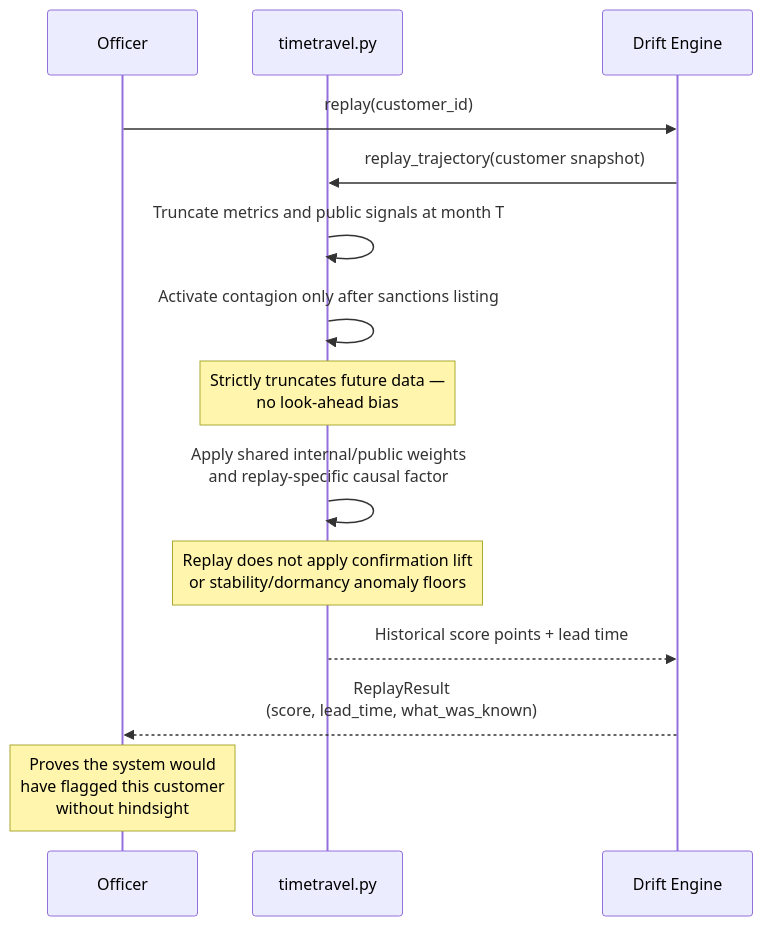
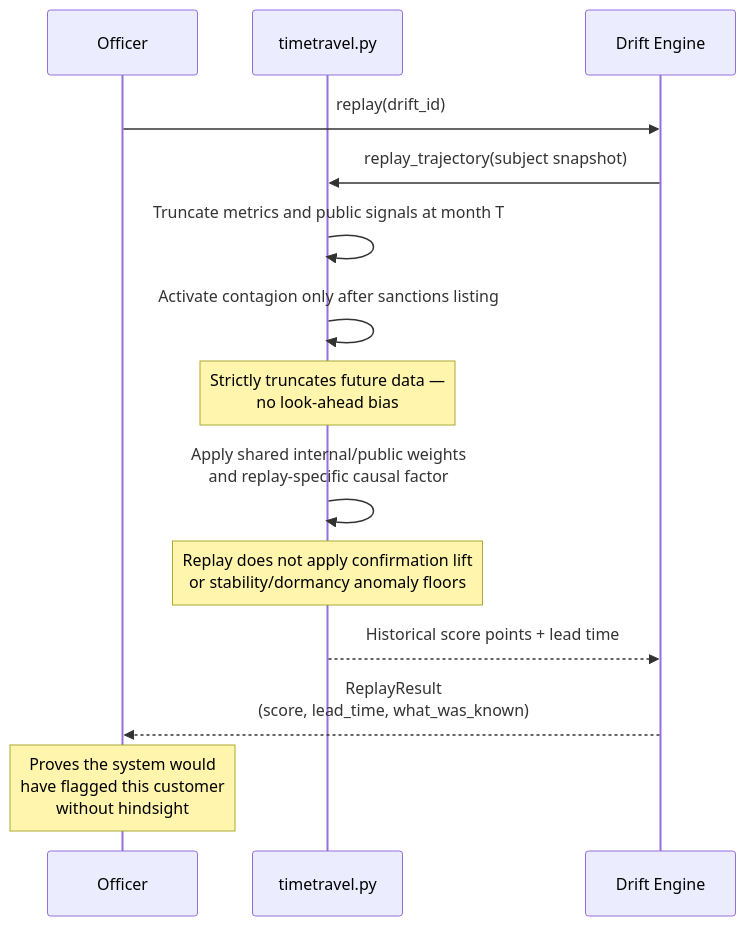
The fourth of 4 diagrams in docs/drift-engine.md (SteveDok22/Swisshacks-2026), drawn with Mermaid before and after one commit. The commit also changed other lines of this file and 45 other files, not shown here.

Commit message:
refactor(drift): rename drift identifier customer_id -> drift_id (#15)

````diff
--- a/docs/drift-engine.md
+++ b/docs/drift-engine.md
@@ -248,20 +248,20 @@
 ```mermaid
 sequenceDiagram
     participant O as Officer
     participant TT as timetravel.py
     participant DE as Drift Engine
 
-    O->>DE: replay(customer_id)
-    DE->>TT: replay_trajectory(customer snapshot)
+    O->>DE: replay(drift_id)
+    DE->>TT: replay_trajectory(subject snapshot)
     TT->>TT: Truncate metrics and public signals at month T
     TT->>TT: Activate contagion only after sanctions listing
 
     note over TT: Strictly truncates future data —<br/>no look-ahead bias
 
     TT->>TT: Apply shared internal/public weights<br/>and replay-specific causal factor
     note over TT: Replay does not apply confirmation lift<br/>or stability/dormancy anomaly floors
     TT-->>DE: Historical score points + lead time
     DE-->>O: ReplayResult<br/>(score, lead_time, what_was_known)
 
     note over O: Proves the system would<br/>have flagged this customer<br/>without hindsight
 ```
````
